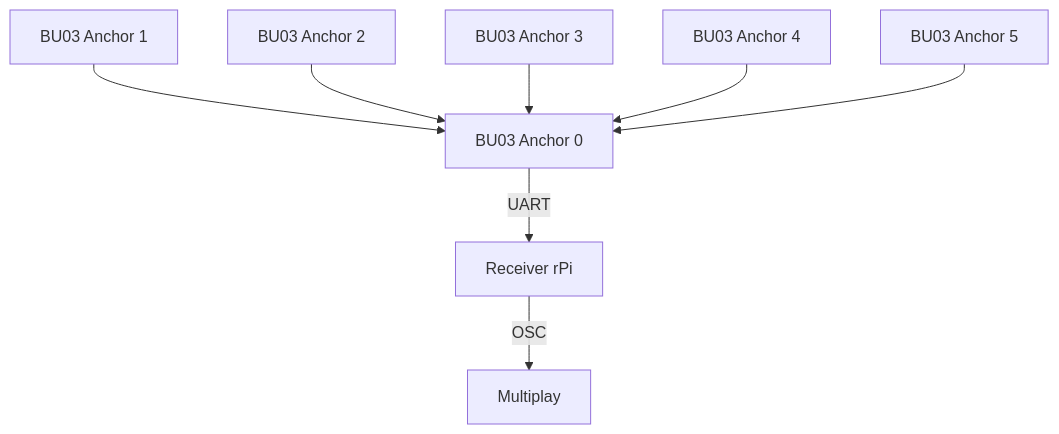
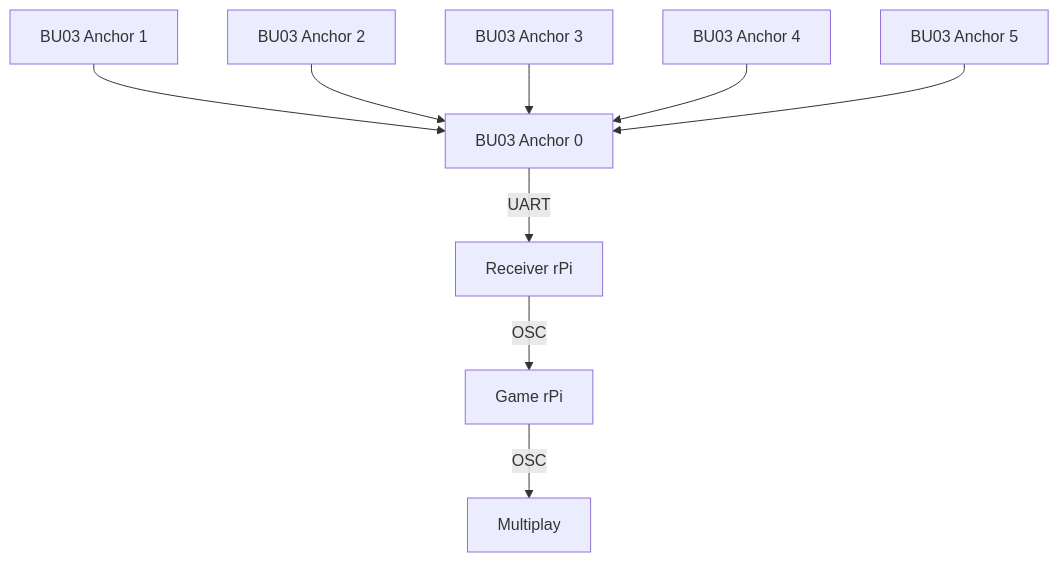
The diagram in README.md (huisenlim/EGL314TeamD), drawn with Mermaid before and after one commit.

````diff
--- a/README.md
+++ b/README.md
@@ -43,10 +43,11 @@
 ```mermaid
 graph TD
 A[BU03 Anchor 0]--UART-->B[Receiver rPi]
 C[BU03 Anchor 1] --> A
 D[BU03 Anchor 2] --> A
 E[BU03 Anchor 3] --> A
 F[BU03 Anchor 4] --> A
 G[BU03 Anchor 5] --> A
-B --OSC--> H[Multiplay]
+B --OSC--> H[Game rPi]
+H --OSC--> I[Multiplay]
 ```
````
